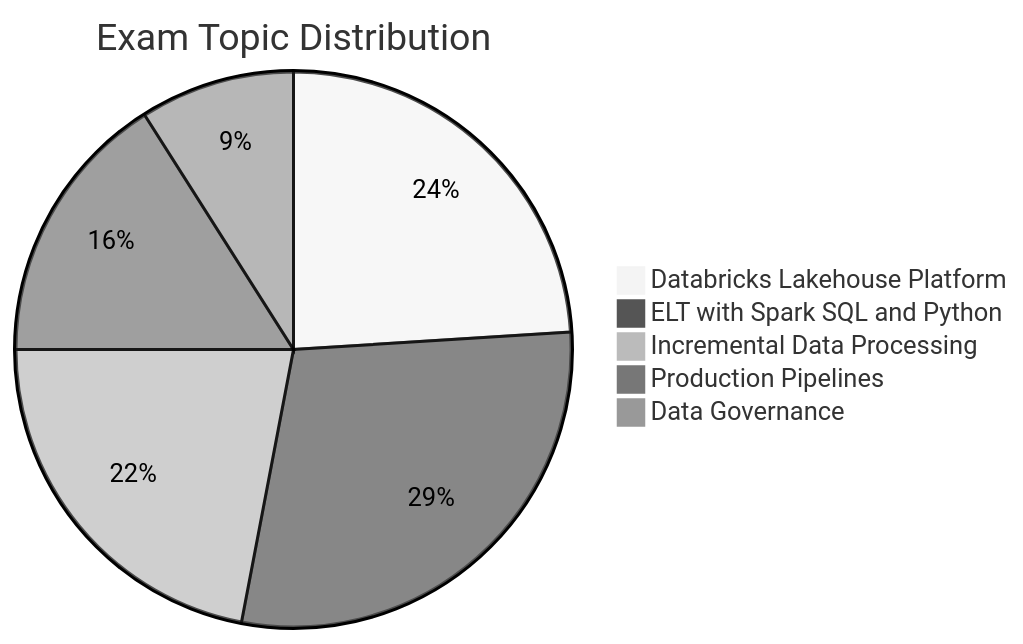
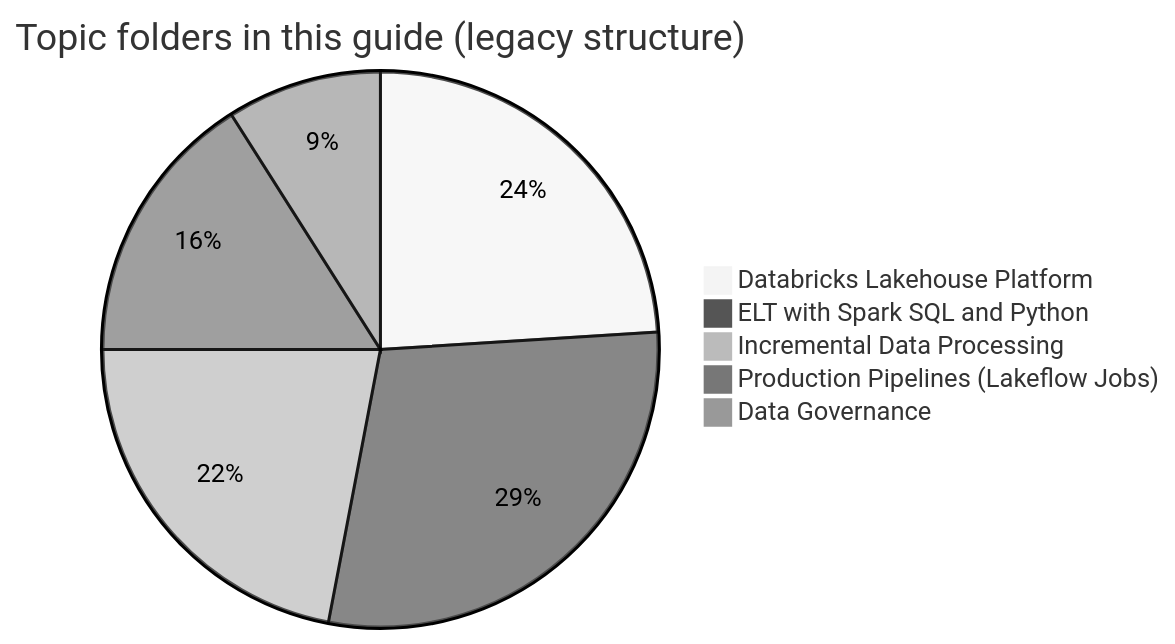
Before and after one commit to kengio/databricks-certification-study-guide: the diagram in certifications/data-engineer-associate/README.md, drawn with Mermaid (neutral theme). The commit also changed other lines of this file and 16 other files, not shown here.

````diff
--- a/certifications/data-engineer-associate/README.md
+++ b/certifications/data-engineer-associate/README.md
@@ -29,8 +44,8 @@
 ```mermaid
-pie title Exam Topic Distribution
+pie title Topic folders in this guide (legacy structure)
     "Databricks Lakehouse Platform" : 24
     "ELT with Spark SQL and Python" : 29
     "Incremental Data Processing" : 22
-    "Production Pipelines" : 16
+    "Production Pipelines (Lakeflow Jobs)" : 16
     "Data Governance" : 9
 ```
````
